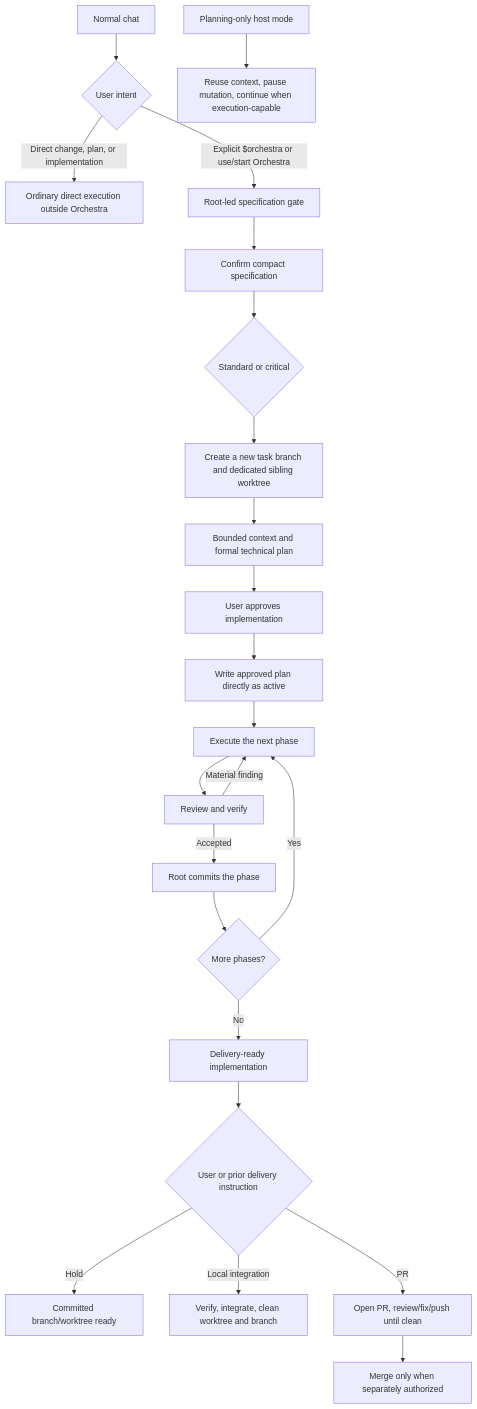
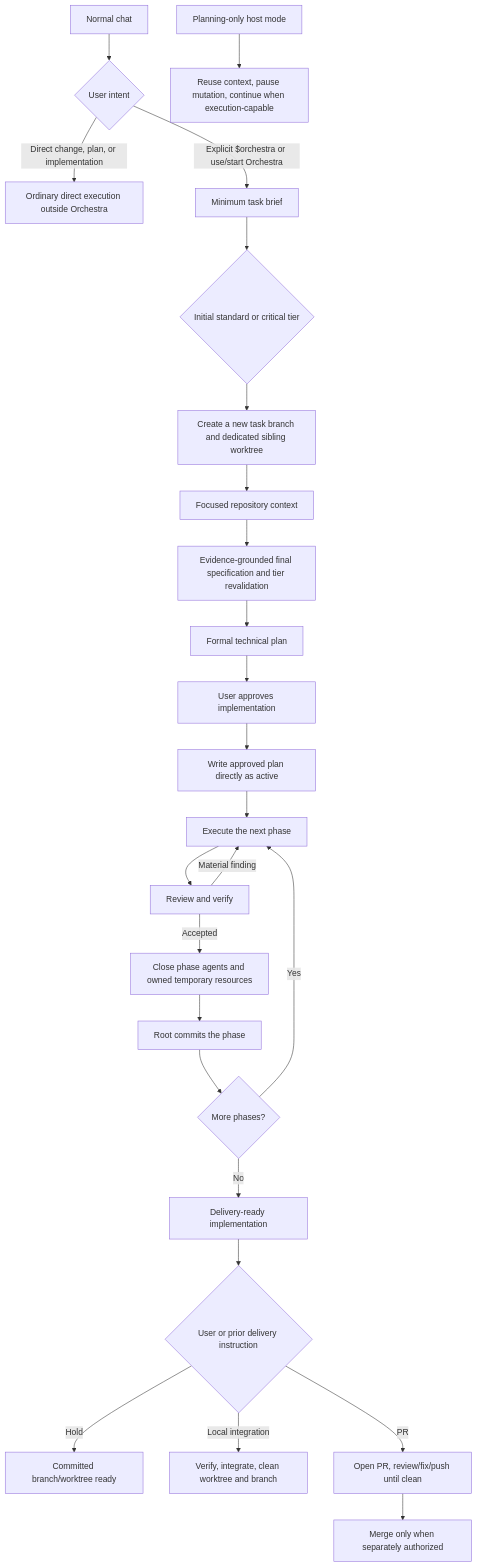
One commit to FranciscoJSBarragan/Orchestra changed the diagram in docs/WORKFLOW.md. Above: the diagram before and after it, drawn with Mermaid. The commit also changed other lines of this file and 15 other files, not shown here.

````diff
--- a/docs/WORKFLOW.md
+++ b/docs/WORKFLOW.md
@@ -5,25 +5,27 @@
 ```mermaid
 flowchart TD
     U["Normal chat"] --> Q{"User intent"}
     Q -->|"Direct change, plan, or implementation"| DX["Ordinary direct execution outside Orchestra"]
-    Q -->|"Explicit $orchestra or use/start Orchestra"| S["Root-led specification gate"]
+    Q -->|"Explicit $orchestra or use/start Orchestra"| B["Minimum task brief"]
     POM["Planning-only host mode"] --> WAIT["Reuse context, pause mutation, continue when execution-capable"]
-    S --> C["Confirm compact specification"]
-    C --> T{"Standard or critical"}
+    B --> T{"Initial standard or critical tier"}
     T --> I["Create a new task branch and dedicated sibling worktree"]
-    I --> P["Bounded context and formal technical plan"]
+    I --> RC["Focused repository context"]
+    RC --> C["Evidence-grounded final specification and tier revalidation"]
+    C --> P["Formal technical plan"]
     P --> A["User approves implementation"]
     A --> W["Write approved plan directly as active"]
     W --> F["Execute the next phase"]
     F --> R["Review and verify"]
     R -->|"Material finding"| F
-    R -->|"Accepted"| M["Root commits the phase"]
+    R -->|"Accepted"| X["Close phase agents and owned temporary resources"]
+    X --> M["Root commits the phase"]
     M --> N{"More phases?"}
     N -->|"Yes"| F
     N -->|"No"| D["Delivery-ready implementation"]
     D --> H{"User or prior delivery instruction"}
     H -->|"Hold"| HX["Committed branch/worktree ready"]
     H -->|"Local integration"| LI["Verify, integrate, clean worktree and branch"]
     H -->|"PR"| PR["Open PR, review/fix/push until clean"]
     PR --> PMG["Merge only when separately authorized"]
 ```
````
